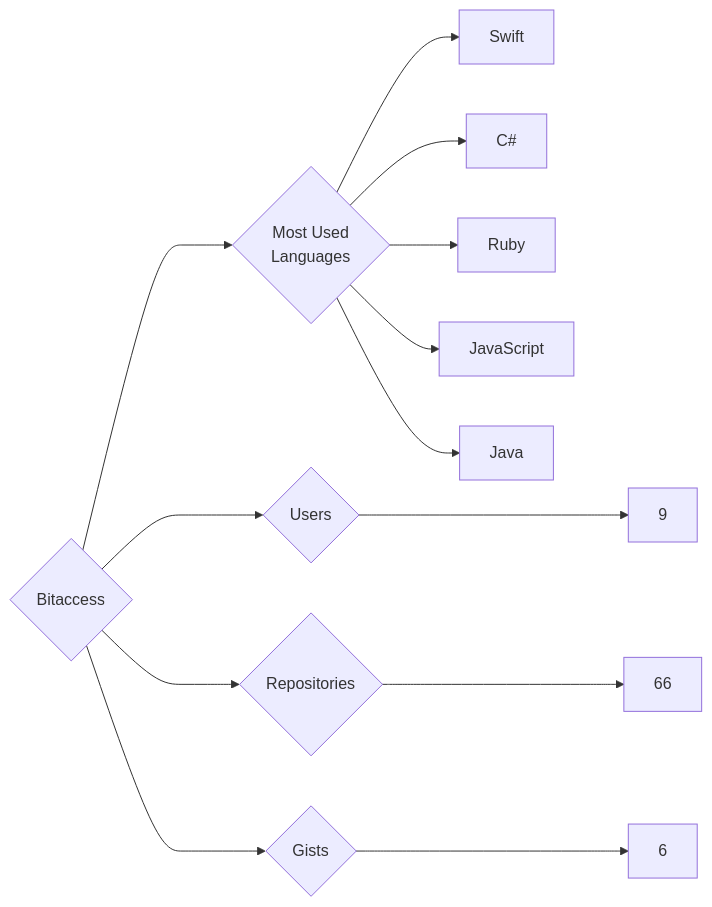
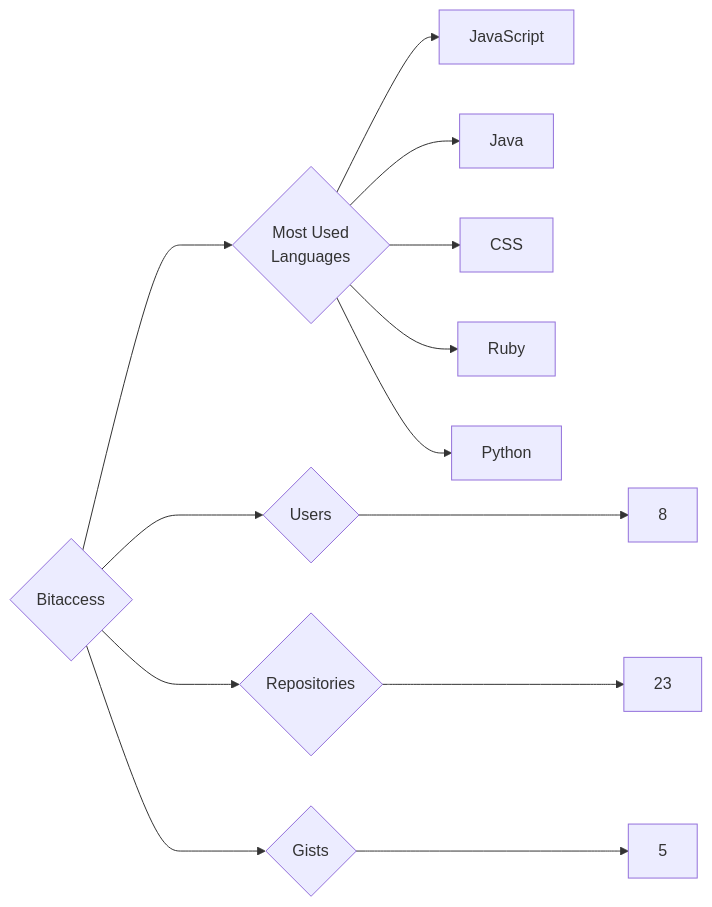
The diagram in targets/Bitaccess/README.md (trickest/insiders), drawn with Mermaid before and after one commit. The commit also changed 1078 other files, not shown here.

````diff
--- a/targets/Bitaccess/README.md
+++ b/targets/Bitaccess/README.md
@@ -3,13 +3,13 @@
 ```mermaid
 graph LR
 COMPANY_NAME{Bitaccess}
-COMPANY_NAME ---> U{Users} ---> UN[9]
-COMPANY_NAME ---> R{Repositories} ---> RN[66]
-COMPANY_NAME ---> G{Gists} ---> GN[6]
+COMPANY_NAME ---> U{Users} ---> UN[8]
+COMPANY_NAME ---> R{Repositories} ---> RN[23]
+COMPANY_NAME ---> G{Gists} ---> GN[5]
 COMPANY_NAME ---> ML{Most Used<br>Languages}
-ML --> Swift[Swift]
-ML --> C#[C#]
-ML --> Ruby[Ruby]
 ML --> JavaScript[JavaScript]
 ML --> Java[Java]
+ML --> CSS[CSS]
+ML --> Ruby[Ruby]
+ML --> Python[Python]
 ```
````
